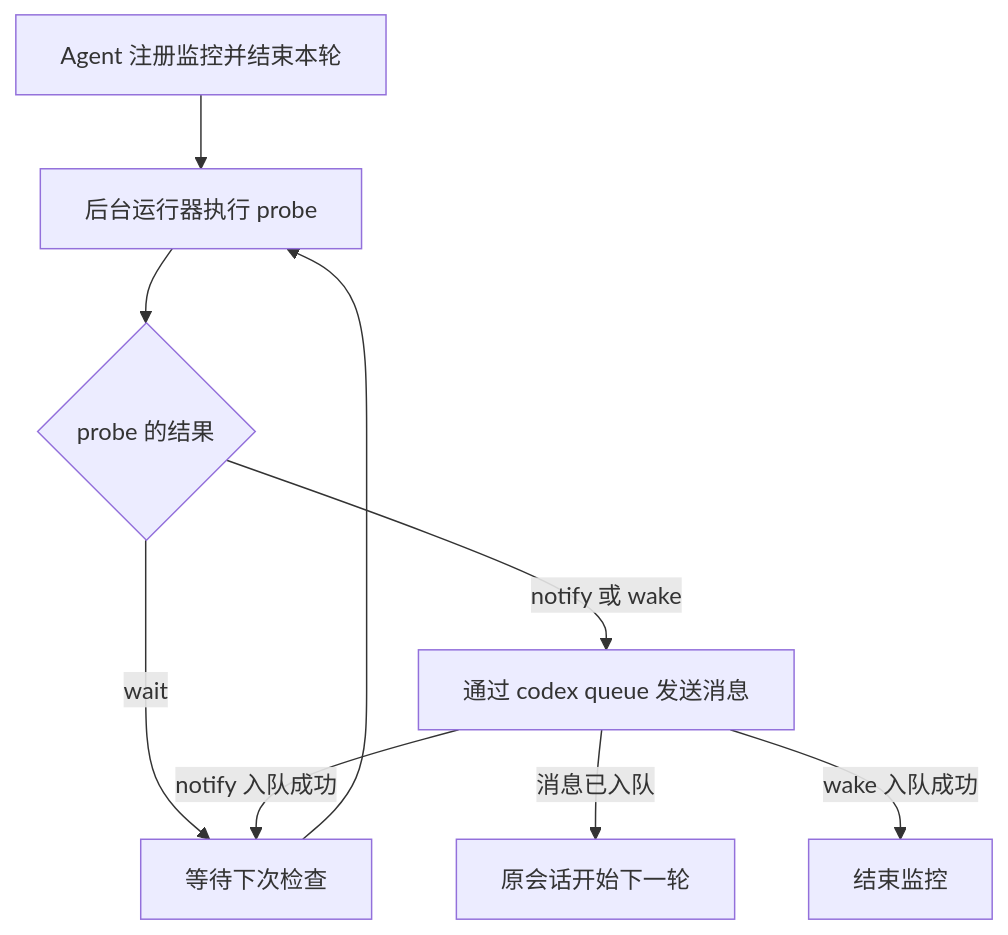
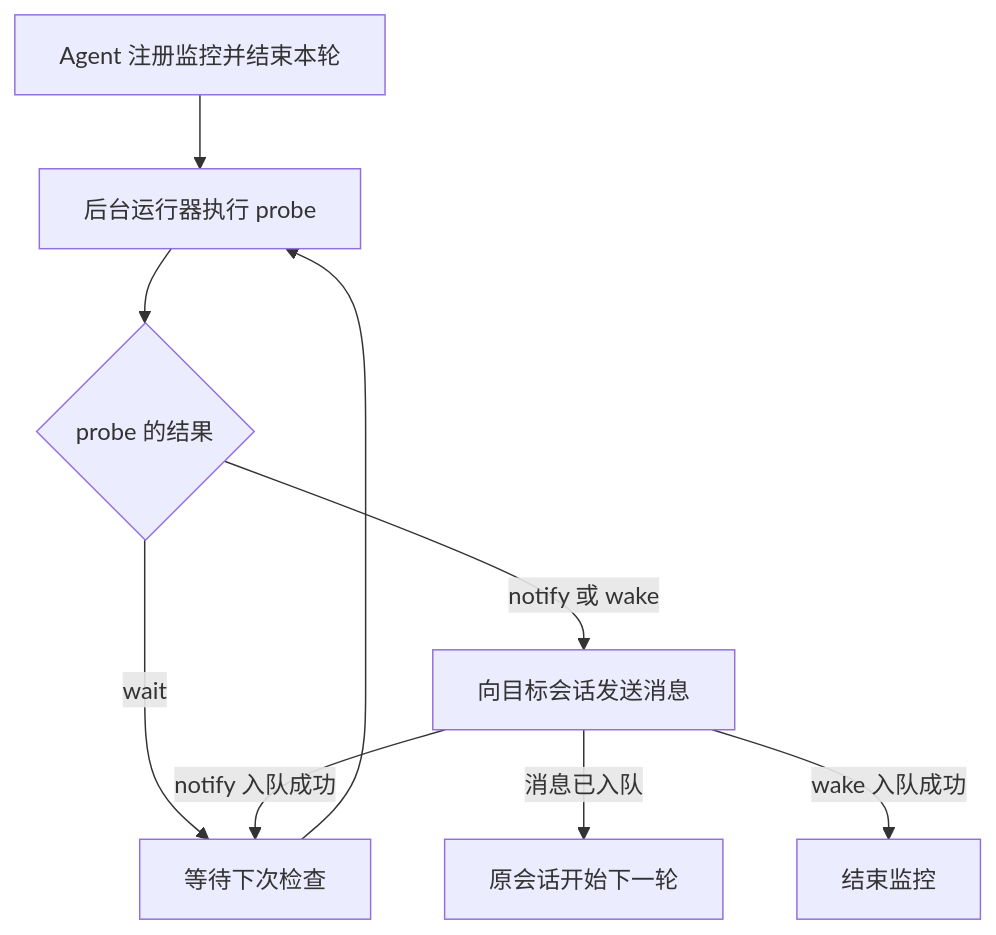
One commit to HAL-42/agent-wakeup changed the diagram in SKILL.md. Above: the diagram before and after it, drawn with Mermaid. The commit also changed other lines of this file and 11 other files, not shown here.

````diff
--- a/SKILL.md
+++ b/SKILL.md
@@ -29,11 +29,11 @@
 ```mermaid
 flowchart TD
-    A[Agent 注册监控并结束本轮] --> B[后台运行器执行 probe]
-    B --> C{probe 的结果}
-    C -->|wait| D[等待下次检查]
+    A["Agent 注册监控并结束本轮"] --> B["后台运行器执行 probe"]
+    B --> C{"probe 的结果"}
+    C -->|wait| D["等待下次检查"]
     D --> B
-    C -->|notify 或 wake| E[通过 codex queue 发送消息]
-    E -->|消息已入队| F[原会话开始下一轮]
-    E -->|notify 入队成功| D
-    E -->|wake 入队成功| G[结束监控]
+    C -->|"notify 或 wake"| E["向目标会话发送消息"]
+    E -->|消息已入队| F["原会话开始下一轮"]
+    E -->|"notify 入队成功"| D
+    E -->|"wake 入队成功"| G["结束监控"]
 ```
````
